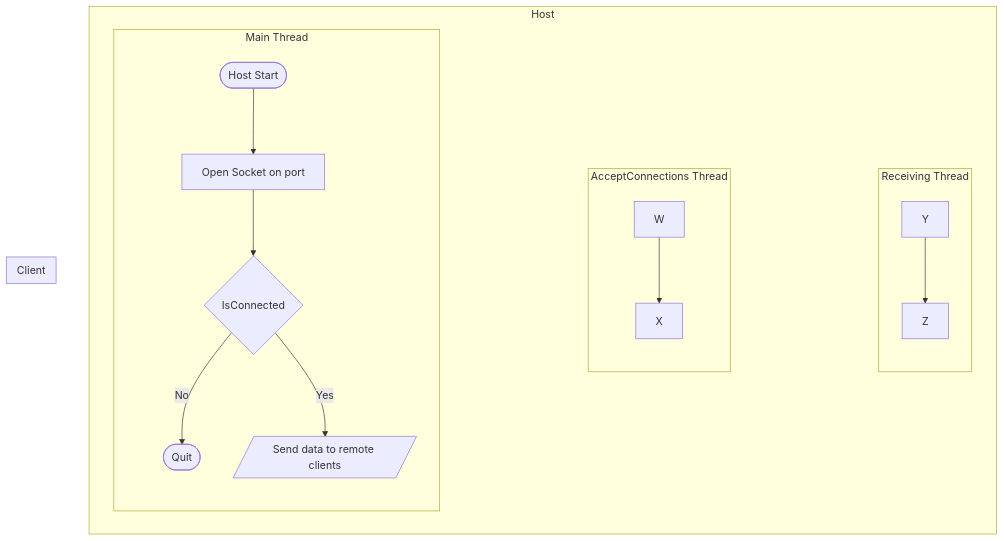
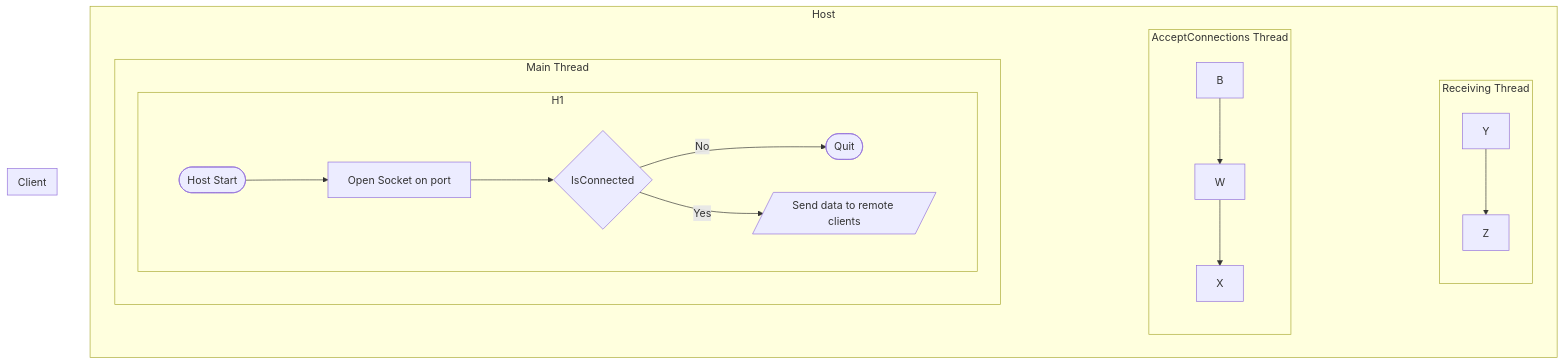
One commit to GMcMichael/ThornNetworking changed the diagram in README.md. Above: the diagram before and after it, drawn with Mermaid.

````diff
--- a/README.md
+++ b/README.md
@@ -1,26 +1,29 @@
 ```mermaid
 flowchart TB
     subgraph Host
         direction LR
         mt ~~~~~ act ~~~~~ rt
         subgraph mt [Main Thread]
             direction TB
-            A1([Host Start])-->B1[Open Socket on port]
-            B1-->D1{IsConnected}
-            D1-- No -->E1([Quit])
-            D1-- Yes -->F1[/Send data to remote clients/]
+            subgraph hidden1 [H1]
+                A1([Host Start])-->B1[Open Socket on port]
+                B1-->D1{IsConnected}
+                D1-- No -->E1([Quit])
+                D1-- Yes -->F1[/Send data to remote clients/]
+            end
         end
         subgraph act [AcceptConnections Thread]
             direction TB
+            B-->W
             W-->X
         end
         subgraph rt [Receiving Thread]
             direction TB
             Y-->Z
         end
     end
     subgraph Client
         direction TB
         
     end
 ```
````
